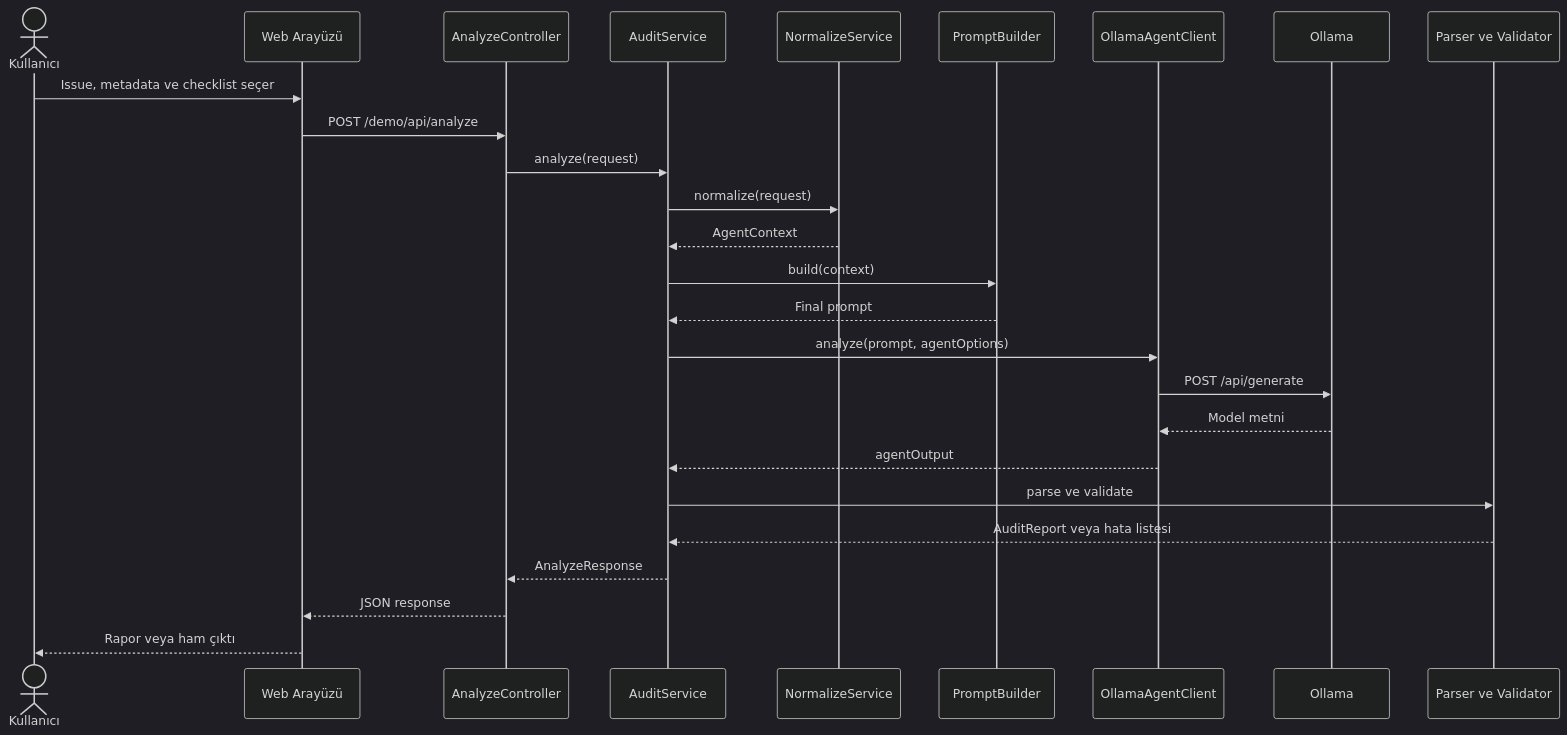
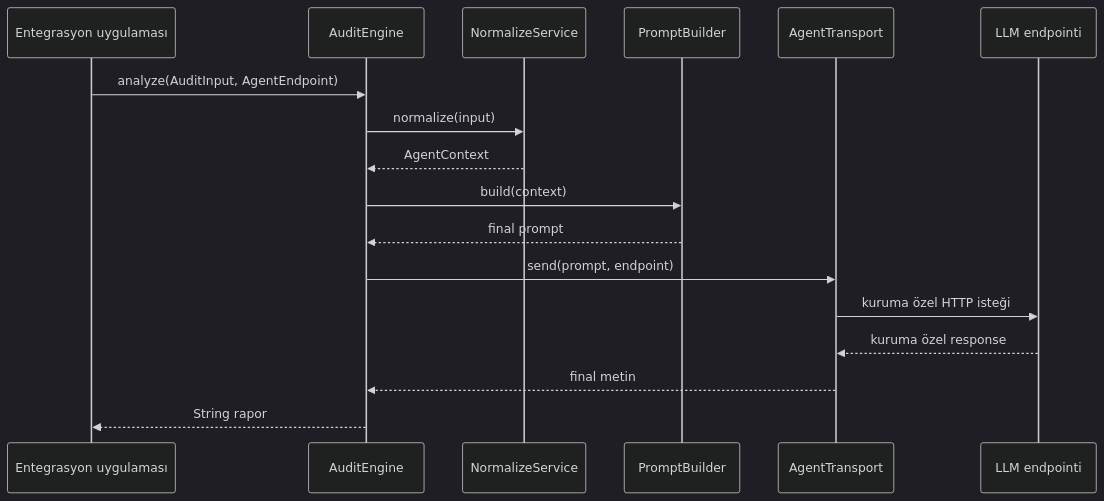
One commit to yusufduman78/Ai-Audit-Tool changed the second of 3 diagrams in docs/architecture/guncel_sistem_mimarisi.md. Above: the diagram before and after it, drawn with Mermaid (dark theme). The commit also changed other lines of this file and 17 other files, not shown here.

````diff
--- a/docs/architecture/guncel_sistem_mimarisi.md
+++ b/docs/architecture/guncel_sistem_mimarisi.md
@@ -130,29 +132,20 @@
 ```mermaid
 sequenceDiagram
-    actor Kullanici as Kullanıcı
-    participant UI as Web Arayüzü
-    participant AC as AnalyzeController
-    participant AS as AuditService
-    participant NS as NormalizeService
-    participant PB as PromptBuilder
-    participant OA as OllamaAgentClient
-    participant OL as Ollama
-    participant RP as Parser ve Validator
+    participant App as Entegrasyon uygulaması
+    participant Engine as AuditEngine
+    participant Normalize as NormalizeService
+    participant Prompt as PromptBuilder
+    participant Transport as AgentTransport
+    participant LLM as LLM endpointi
 
-    Kullanici->>UI: Issue, metadata ve checklist seçer
-    UI->>AC: POST /demo/api/analyze
-    AC->>AS: analyze(request)
-    AS->>NS: normalize(request)
-    NS-->>AS: AgentContext
-    AS->>PB: build(context)
-    PB-->>AS: Final prompt
-    AS->>OA: analyze(prompt, agentOptions)
-    OA->>OL: POST /api/generate
-    OL-->>OA: Model metni
-    OA-->>AS: agentOutput
-    AS->>RP: parse ve validate
-    RP-->>AS: AuditReport veya hata listesi
-    AS-->>AC: AnalyzeResponse
-    AC-->>UI: JSON response
-    UI-->>Kullanici: Rapor veya ham çıktı
+    App->>Engine: analyze(AuditInput, AgentEndpoint)
+    Engine->>Normalize: normalize(input)
+    Normalize-->>Engine: AgentContext
+    Engine->>Prompt: build(context)
+    Prompt-->>Engine: final prompt
+    Engine->>Transport: send(prompt, endpoint)
+    Transport->>LLM: kuruma özel HTTP isteği
+    LLM-->>Transport: kuruma özel response
+    Transport-->>Engine: final metin
+    Engine-->>App: String rapor
 ```
````
